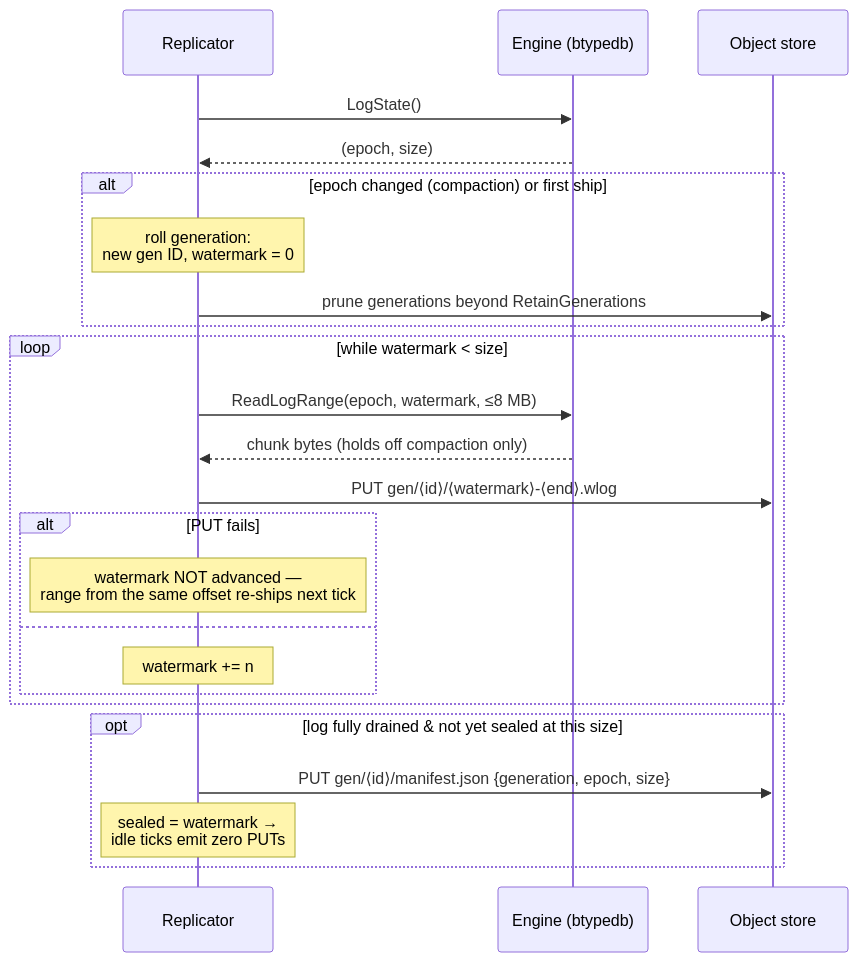
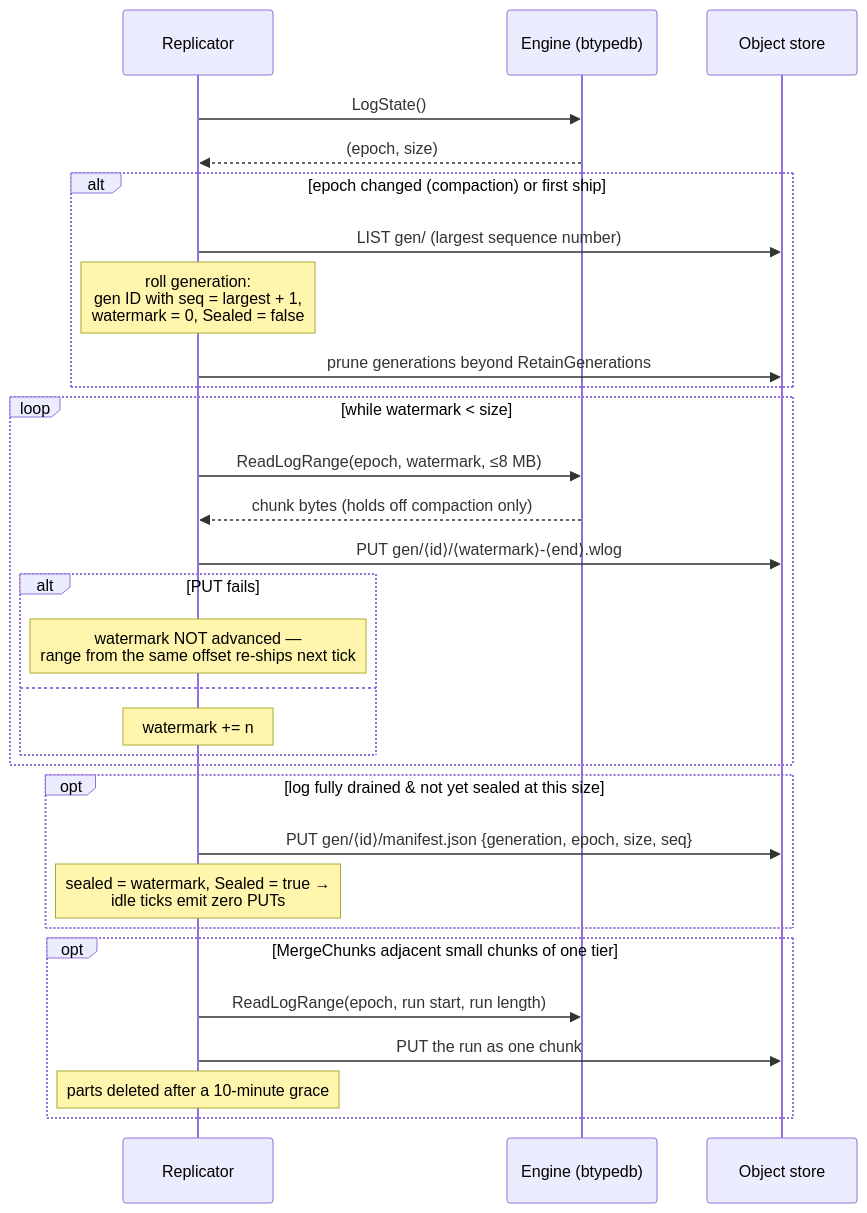
One commit to rohanthewiz/bytdb changed the second of 4 diagrams in docs/replication.md. Above: the diagram before and after it, drawn with Mermaid. The commit also changed other lines of this file and 9 other files, not shown here.

````diff
--- a/docs/replication.md
+++ b/docs/replication.md
@@ -109,26 +135,32 @@
 ```mermaid
 sequenceDiagram
     participant R as Replicator
     participant E as Engine (btypedb)
     participant S as Object store
     R->>E: LogState()
     E-->>R: (epoch, size)
     alt epoch changed (compaction) or first ship
-        Note over R: roll generation:<br/>new gen ID, watermark = 0
+        R->>S: LIST gen/ (largest sequence number)
+        Note over R: roll generation:<br/>gen ID with seq = largest + 1,<br/>watermark = 0, Sealed = false
         R->>S: prune generations beyond RetainGenerations
     end
     loop while watermark < size
         R->>E: ReadLogRange(epoch, watermark, ≤8 MB)
         E-->>R: chunk bytes (holds off compaction only)
         R->>S: PUT gen/⟨id⟩/⟨watermark⟩-⟨end⟩.wlog
         alt PUT fails
             Note over R: watermark NOT advanced —<br/>range from the same offset re-ships next tick
         else
             Note over R: watermark += n
         end
     end
     opt log fully drained & not yet sealed at this size
-        R->>S: PUT gen/⟨id⟩/manifest.json {generation, epoch, size}
-        Note over R: sealed = watermark →<br/>idle ticks emit zero PUTs
+        R->>S: PUT gen/⟨id⟩/manifest.json {generation, epoch, size, seq}
+        Note over R: sealed = watermark, Sealed = true →<br/>idle ticks emit zero PUTs
+    end
+    opt MergeChunks adjacent small chunks of one tier
+        R->>E: ReadLogRange(epoch, run start, run length)
+        R->>S: PUT the run as one chunk
+        Note over R: parts deleted after a 10-minute grace
     end
 ```
````
